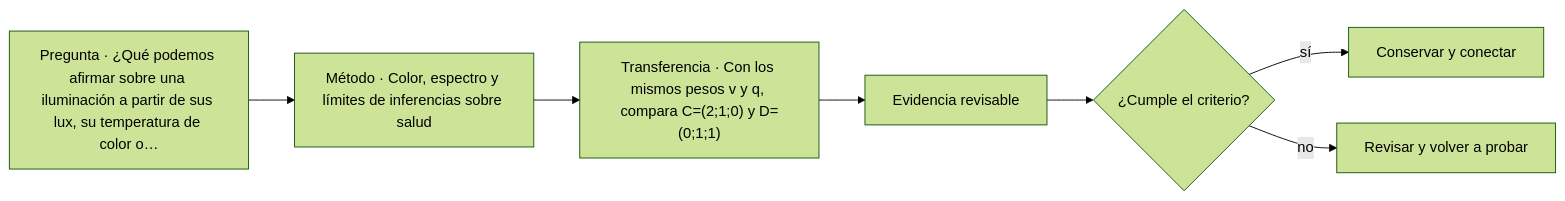
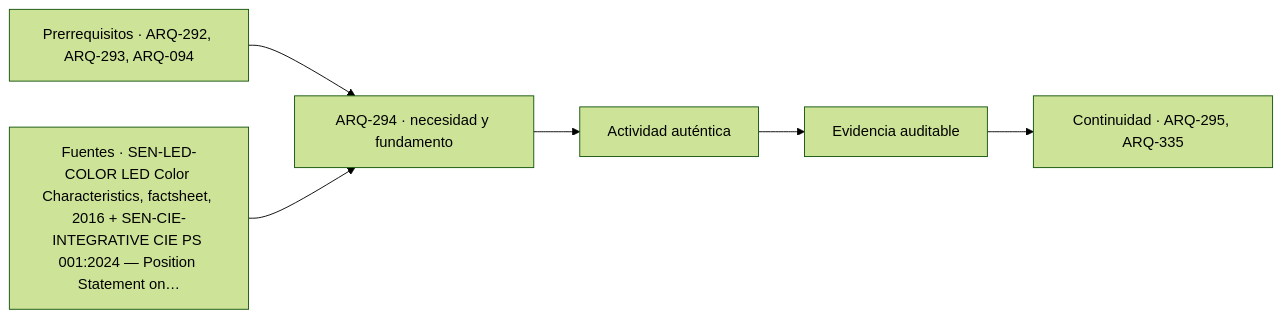
Before and after one commit to vladimiracunadev-create/architecture-built-environment-learning-program: the diagram in classes/parte-30/ARQ-294.md, drawn with Mermaid (forest theme). The commit also changed other lines of this file and 761 other files, not shown here.

````diff
--- a/classes/parte-30/ARQ-294.md
+++ b/classes/parte-30/ARQ-294.md
@@ -107,9 +119,8 @@
 ```mermaid
 flowchart LR
-    Q["Pregunta · ¿Qué podemos afirmar sobre una iluminación a partir de sus lux, su temperatura de color o…"] --> M["Método · Color, espectro y límites de inferencias sobre salud"]
-    M --> P["Transferencia · Con los mismos pesos v y q, compara C=(2;1;0) y D=(0;1;1)"]
-    P --> E["Evidencia revisable"]
-    E --> C{"¿Cumple el criterio?"}
-    C -->|sí| T["Conservar y conectar"]
-    C -->|no| R["Revisar y volver a probar"]
+    A["Prerrequisitos · ARQ-292, ARQ-293, ARQ-094"] --> B["ARQ-294 · necesidad y fundamento"]
+    S["Fuentes · SEN-LED-COLOR LED Color Characteristics, factsheet, 2016 + SEN-CIE-INTEGRATIVE CIE PS 001:2024 — Position Statement on…"] --> B
+    B --> C["Actividad auténtica"]
+    C --> D["Evidencia auditable"]
+    D --> E["Continuidad · ARQ-295, ARQ-335"]
 ```
````
